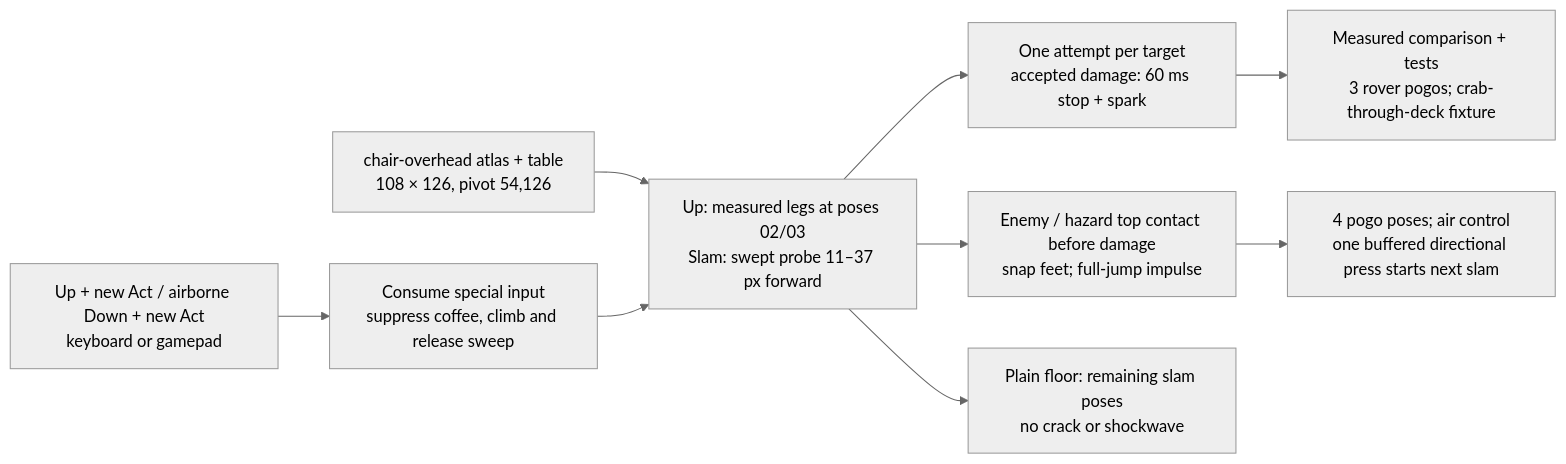
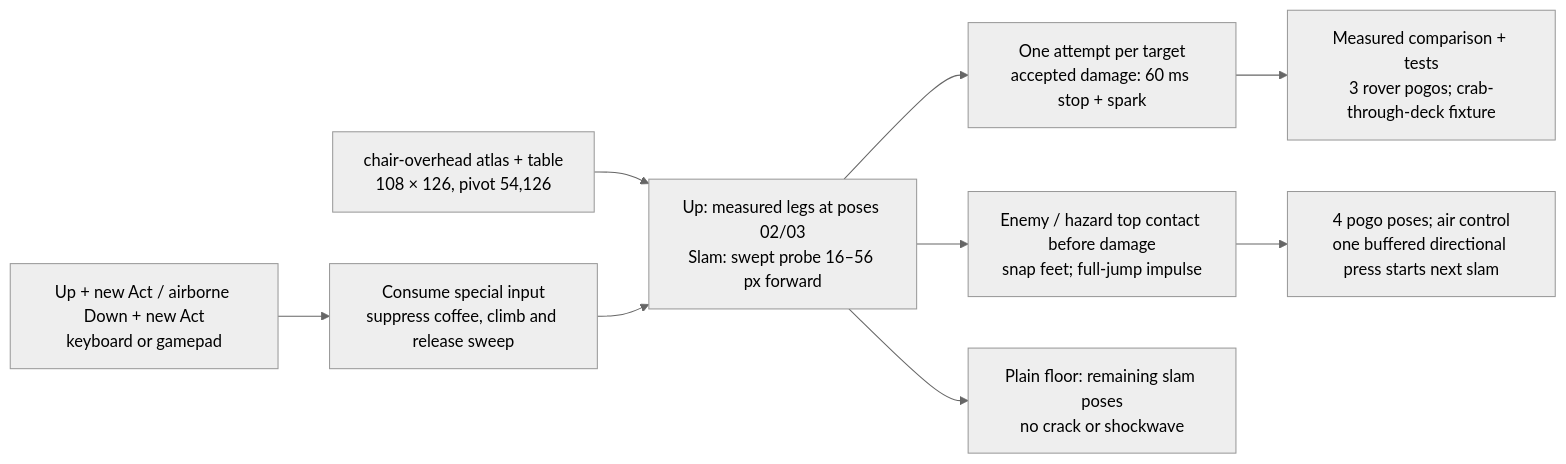
Before and after one commit to THD-AI/WinCS: the fourth of 5 diagrams in docs/02-GAME-DESIGN.md, drawn with Mermaid (neutral theme). The commit also changed other lines of this file and 5 other files, not shown here.

First line of the commit message:
feat(chair): reach measured on the 1.5x frames, side swing down to the floor

````diff
--- a/docs/02-GAME-DESIGN.md
+++ b/docs/02-GAME-DESIGN.md
@@ -203,11 +206,11 @@
 ```mermaid
 flowchart LR
   INPUT["Up + new Act / airborne Down + new Act<br/>keyboard or gamepad"] --> PRIORITY["Consume special input<br/>suppress coffee, climb and release sweep"]
-  ATLAS["chair-overhead atlas + table<br/>108 × 126, pivot 54,126"] --> MASK["Up: measured legs at poses 02/03<br/>Slam: swept probe 11–37 px forward"]
+  ATLAS["chair-overhead atlas + table<br/>108 × 126, pivot 54,126"] --> MASK["Up: measured legs at poses 02/03<br/>Slam: swept probe 16–56 px forward"]
   PRIORITY --> MASK
   MASK --> HIT["One attempt per target<br/>accepted damage: 60 ms stop + spark"]
   MASK --> BOUNCE["Enemy / hazard top contact before damage<br/>snap feet; full-jump impulse"]
   BOUNCE --> POSE["4 pogo poses; air control<br/>one buffered directional press starts next slam"]
   MASK --> FLOOR["Plain floor: remaining slam poses<br/>no crack or shockwave"]
   HIT --> CHECK["Measured comparison + tests<br/>3 rover pogos; crab-through-deck fixture"]
 ```
````
